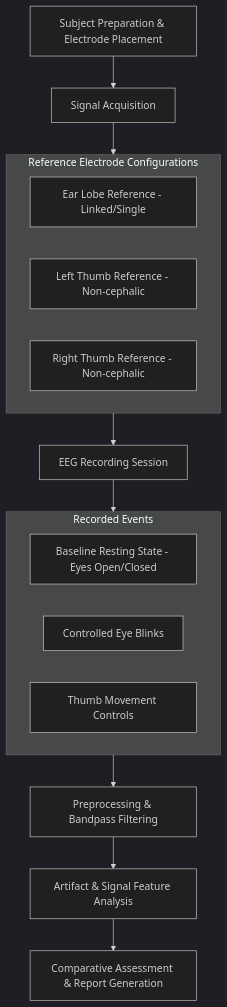
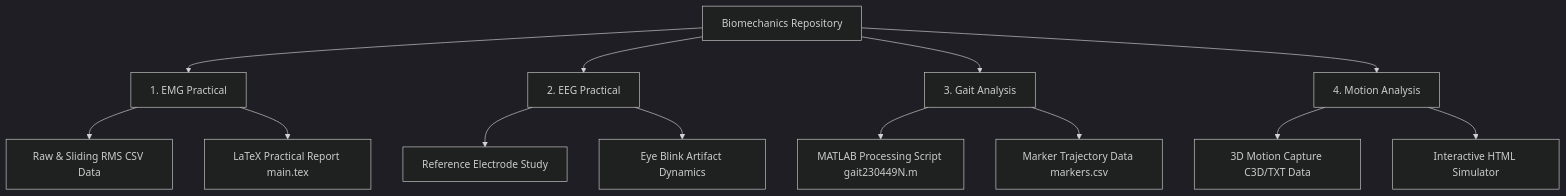
One commit to samirunuwanaka/Biomechnics changed the first of 3 diagrams in README.md. Above: the diagram before and after it, drawn with Mermaid (dark theme). The commit also changed other lines of this file, not shown here.

Commit message:
docs: update root README to cover all biomechanics modules (EMG, EEG, Gait, Motion Analysis)

````diff
--- a/README.md
+++ b/README.md
@@ -10,24 +9,21 @@
 ```mermaid
-flowchart TD
-    A[Subject Preparation & Electrode Placement] --> B[Signal Acquisition]
+graph TD
+    Root[Biomechanics Repository]
     
-    subgraph References[Reference Electrode Configurations]
-        B1[Ear Lobe Reference - Linked/Single]
-        B2[Left Thumb Reference - Non-cephalic]
-        B3[Right Thumb Reference - Non-cephalic]
-    end
+    Root --> EMG[1. EMG Practical]
+    Root --> EEG[2. EEG Practical]
+    Root --> Gait[3. Gait Analysis]
+    Root --> Motion[4. Motion Analysis]
+
+    EMG --> EMG_CSV[Raw & Sliding RMS CSV Data]
+    EMG --> EMG_TEX[LaTeX Practical Report main.tex]
     
-    B --> References
-    References --> C[EEG Recording Session]
-    
-    subgraph Tasks[Recorded Events]
-        C1[Baseline Resting State - Eyes Open/Closed]
-        C2[Controlled Eye Blinks]
-        C3[Thumb Movement Controls]
-    end
-    
-    C --> Tasks
-    Tasks --> D[Preprocessing & Bandpass Filtering]
-    D --> E[Artifact & Signal Feature Analysis]
-    E --> F[Comparative Assessment & Report Generation]
+    EEG --> EEG_Ref[Reference Electrode Study]
+    EEG --> EEG_Blink[Eye Blink Artifact Dynamics]
+
+    Gait --> Gait_M[MATLAB Processing Script gait230449N.m]
+    Gait --> Gait_CSV[Marker Trajectory Data markers.csv]
+
+    Motion --> Motion_C3D[3D Motion Capture C3D/TXT Data]
+    Motion --> Motion_Sim[Interactive HTML Simulator]
 ```
````
